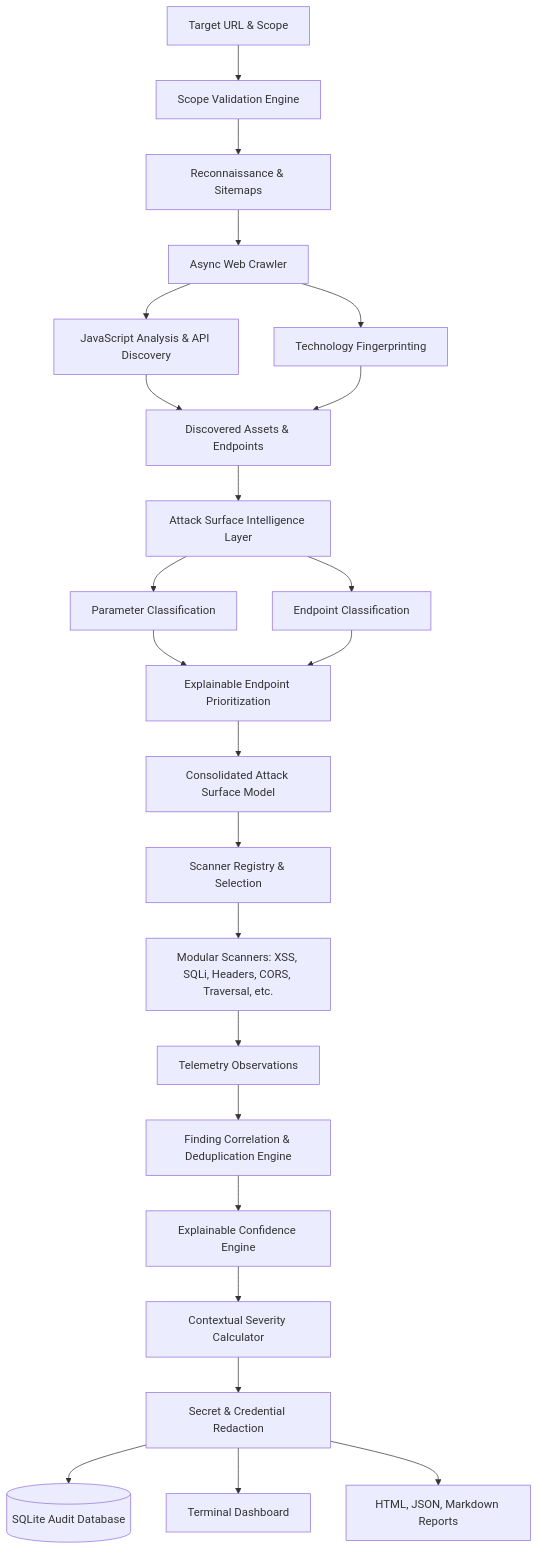
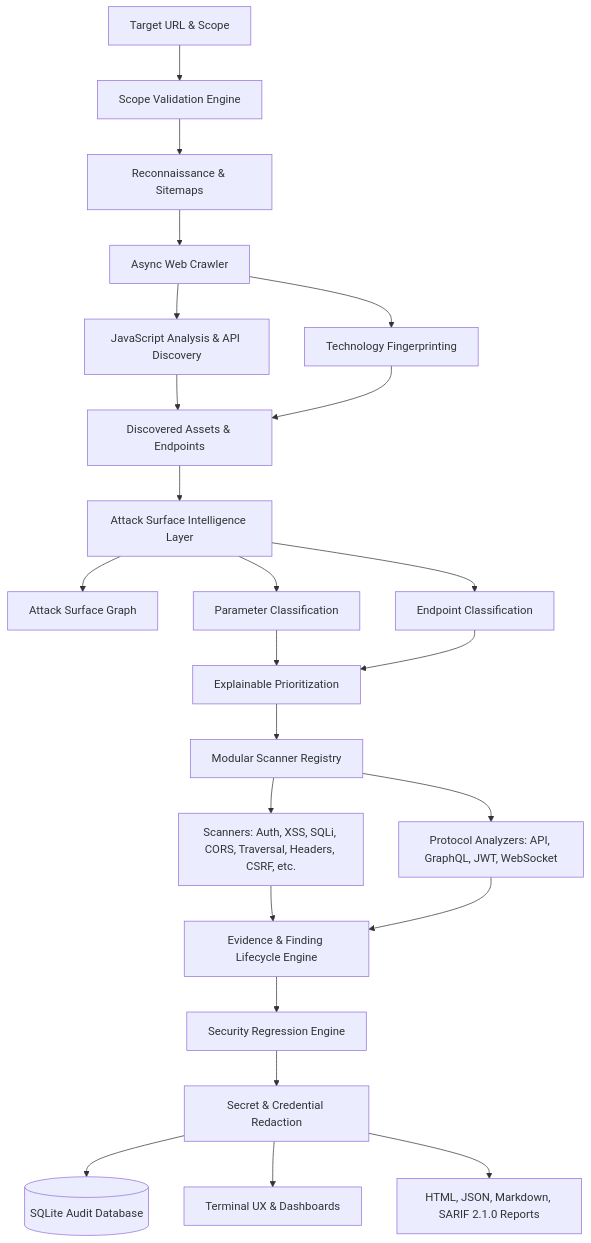
Before and after one commit to yogeshe-lgtm/VulnForge: the diagram in README.md, drawn with Mermaid. The commit also changed other lines of this file and 44 other files, not shown here.

Commit message:
feat: complete platform upgrade with API, GraphQL, Auth, Protocols, OAST, CI/CD, SARIF and Graph intelligence

````diff
--- a/README.md
+++ b/README.md
@@ -28,26 +22,26 @@
 ```mermaid
 graph TD
     Target[Target URL & Scope] --> ScopeEngine[Scope Validation Engine]
     ScopeEngine --> Recon[Reconnaissance & Sitemaps]
     Recon --> Crawler[Async Web Crawler]
     Crawler --> JS[JavaScript Analysis & API Discovery]
     Crawler --> Tech[Technology Fingerprinting]
     JS --> Discovery[Discovered Assets & Endpoints]
     Tech --> Discovery
     Discovery --> Intel[Attack Surface Intelligence Layer]
+    Intel --> Graph[Attack Surface Graph]
     Intel --> ParamClass[Parameter Classification]
     Intel --> EndClass[Endpoint Classification]
-    ParamClass --> Prioritizer[Explainable Endpoint Prioritization]
+    ParamClass --> Prioritizer[Explainable Prioritization]
     EndClass --> Prioritizer
-    Prioritizer --> Surface[Consolidated Attack Surface Model]
-    Surface --> Registry[Scanner Registry & Selection]
-    Registry --> Modules[Modular Scanners: XSS, SQLi, Headers, CORS, Traversal, etc.]
-    Modules --> Telemetry[Telemetry Observations]
-    Telemetry --> Correlation[Finding Correlation & Deduplication Engine]
-    Correlation --> Confidence[Explainable Confidence Engine]
-    Confidence --> Severity[Contextual Severity Calculator]
-    Severity --> Redaction[Secret & Credential Redaction]
+    Prioritizer --> Registry[Modular Scanner Registry]
+    Registry --> Modules[Scanners: Auth, XSS, SQLi, CORS, Traversal, Headers, CSRF, etc.]
+    Registry --> ProtocolEngines[Protocol Analyzers: API, GraphQL, JWT, WebSocket]
+    Modules --> EvidenceEngine[Evidence & Finding Lifecycle Engine]
+    ProtocolEngines --> EvidenceEngine
+    EvidenceEngine --> RegressionEngine[Security Regression Engine]
+    RegressionEngine --> Redaction[Secret & Credential Redaction]
     Redaction --> Storage[(SQLite Audit Database)]
-    Redaction --> Dashboard[Terminal Dashboard]
-    Redaction --> Reports[HTML, JSON, Markdown Reports]
+    Redaction --> Dashboard[Terminal UX & Dashboards]
+    Redaction --> Reports[HTML, JSON, Markdown, SARIF 2.1.0 Reports]
 ```
````
